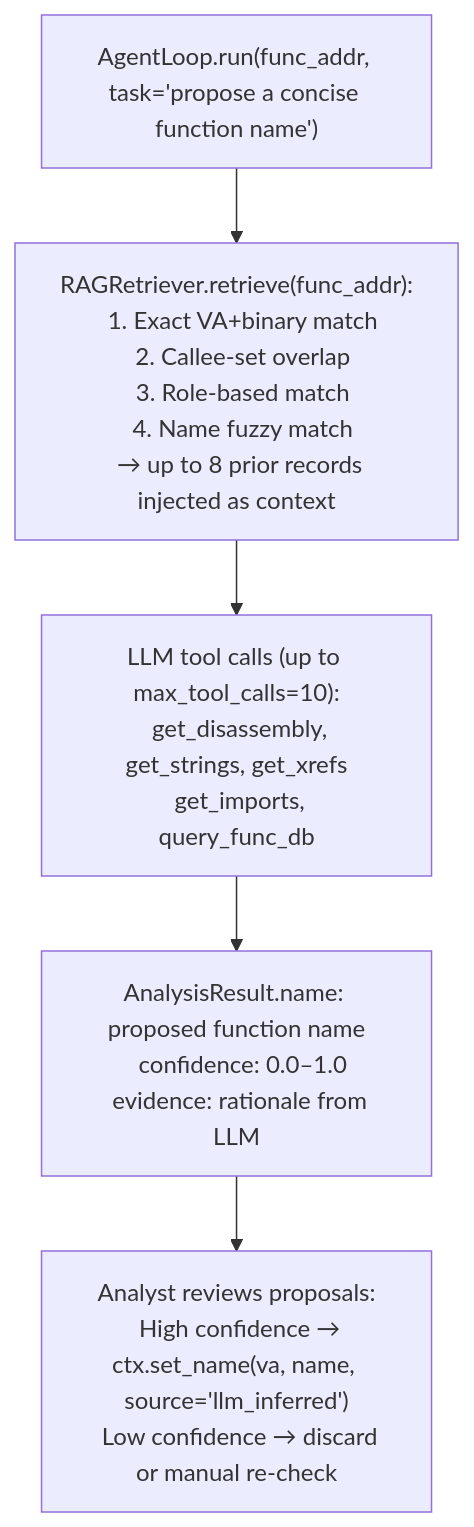
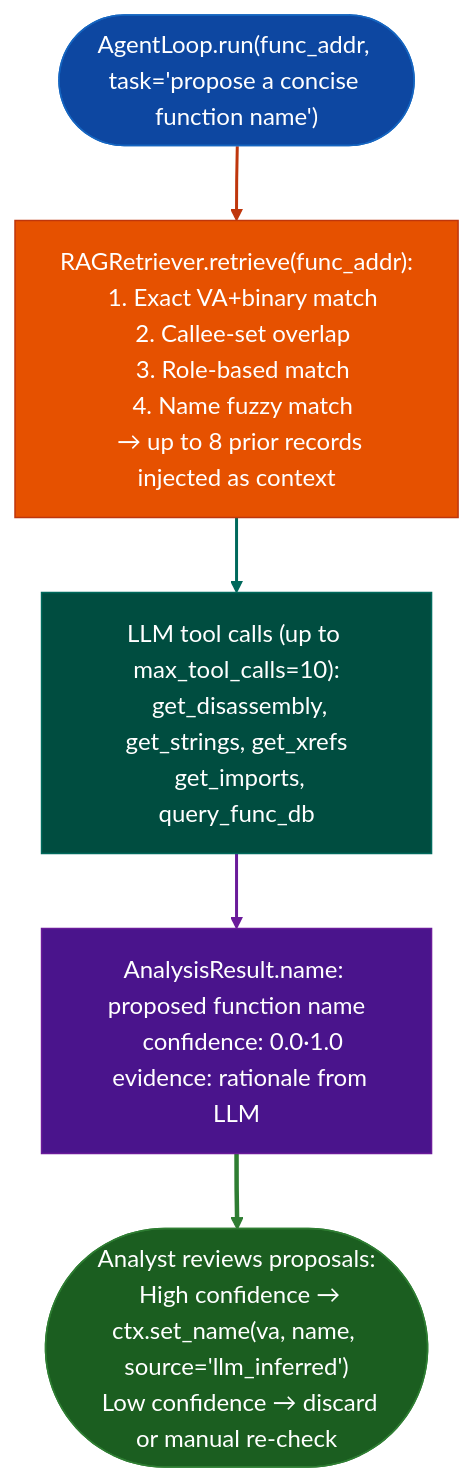
Before and after one commit to Ablation-Tool/ablation: the diagram in docs/reference-modules/assisted-function-naming.md, drawn with Mermaid. The commit also changed 320 other files, not shown here.

First line of the commit message:
docs: apply canonical Mermaid template to all 321 diagrams

````diff
--- a/docs/reference-modules/assisted-function-naming.md
+++ b/docs/reference-modules/assisted-function-naming.md
@@ -19,7 +19,17 @@
 ```mermaid
 flowchart TD
-    A["AgentLoop.run(func_addr, task='propose a concise function name')"] --> B["RAGRetriever.retrieve(func_addr):\n  1. Exact VA+binary match\n  2. Callee-set overlap\n  3. Role-based match\n  4. Name fuzzy match\n  → up to 8 prior records injected as context"]
-    B --> C["LLM tool calls (up to max_tool_calls=10):\n  get_disassembly, get_strings, get_xrefs\n  get_imports, query_func_db"]
-    C --> D["AnalysisResult.name: proposed function name\n  confidence: 0.0–1.0\n  evidence: rationale from LLM"]
-    D --> E["Analyst reviews proposals:\n  High confidence → ctx.set_name(va, name, source='llm_inferred')\n  Low confidence → discard or manual re-check"]
+    A(["AgentLoop.run(func_addr, task='propose a concise function name')"]):::input --> B["RAGRetriever.retrieve(func_addr):\n  1. Exact VA+binary match\n  2. Callee-set overlap\n  3. Role-based match\n  4. Name fuzzy match\n  → up to 8 prior records injected as context"]:::primary
+    B:::primary --> C["LLM tool calls (up to max_tool_calls=10):\n  get_disassembly, get_strings, get_xrefs\n  get_imports, query_func_db"]:::secondary
+    C:::secondary --> D["AnalysisResult.name: proposed function name\n  confidence: 0.0·1.0\n  evidence: rationale from LLM"]:::tertiary
+    D:::tertiary --> E(["Analyst reviews proposals:\n  High confidence → ctx.set_name(va, name, source='llm_inferred')\n  Low confidence → discard or manual re-check"]):::output
+    classDef input     fill:#0d47a1,stroke:#1565c0,color:#fff
+    classDef primary   fill:#e65100,stroke:#bf360c,color:#fff
+    classDef secondary fill:#004d40,stroke:#00695c,color:#fff
+    classDef tertiary  fill:#4a148c,stroke:#6a1b9a,color:#fff
+    classDef neutral   fill:#37474f,stroke:#546e7a,color:#fff
+    classDef output    fill:#1b5e20,stroke:#2e7d32,color:#fff
+    linkStyle 0 stroke:#bf360c,stroke-width:2px
+    linkStyle 1 stroke:#00695c,stroke-width:2px
+    linkStyle 2 stroke:#6a1b9a,stroke-width:2px
+    linkStyle 3 stroke:#2e7d32,stroke-width:3px
 ```
````
